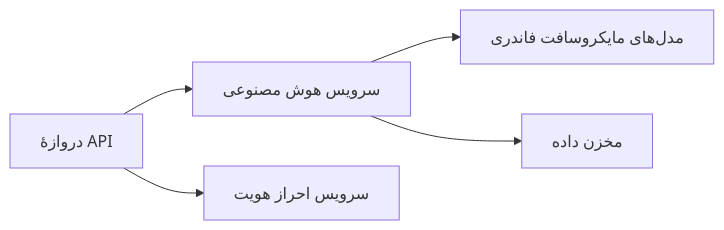
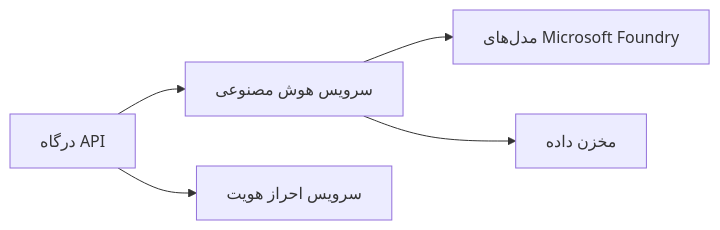
Before and after one commit to microsoft/AZD-for-beginners: the first of 2 diagrams in translations/fa/docs/chapter-08-production/README.md, drawn with Mermaid. The commit also changed other lines of this file and 101 other files, not shown here.

````diff
--- a/translations/fa/docs/chapter-08-production/README.md
+++ b/translations/fa/docs/chapter-08-production/README.md
@@ -46,6 +48,6 @@
 ```mermaid
 graph LR
-    Gateway[دروازهٔ API] --> AI[سرویس هوش مصنوعی] --> Models[مدل‌های مایکروسافت فاندری]
+    Gateway[درگاه API] --> AI[سرویس هوش مصنوعی] --> Models[مدل‌های Microsoft Foundry]
     Gateway --> Auth[سرویس احراز هویت]
     AI --> Data[مخزن داده]
 ```
````
